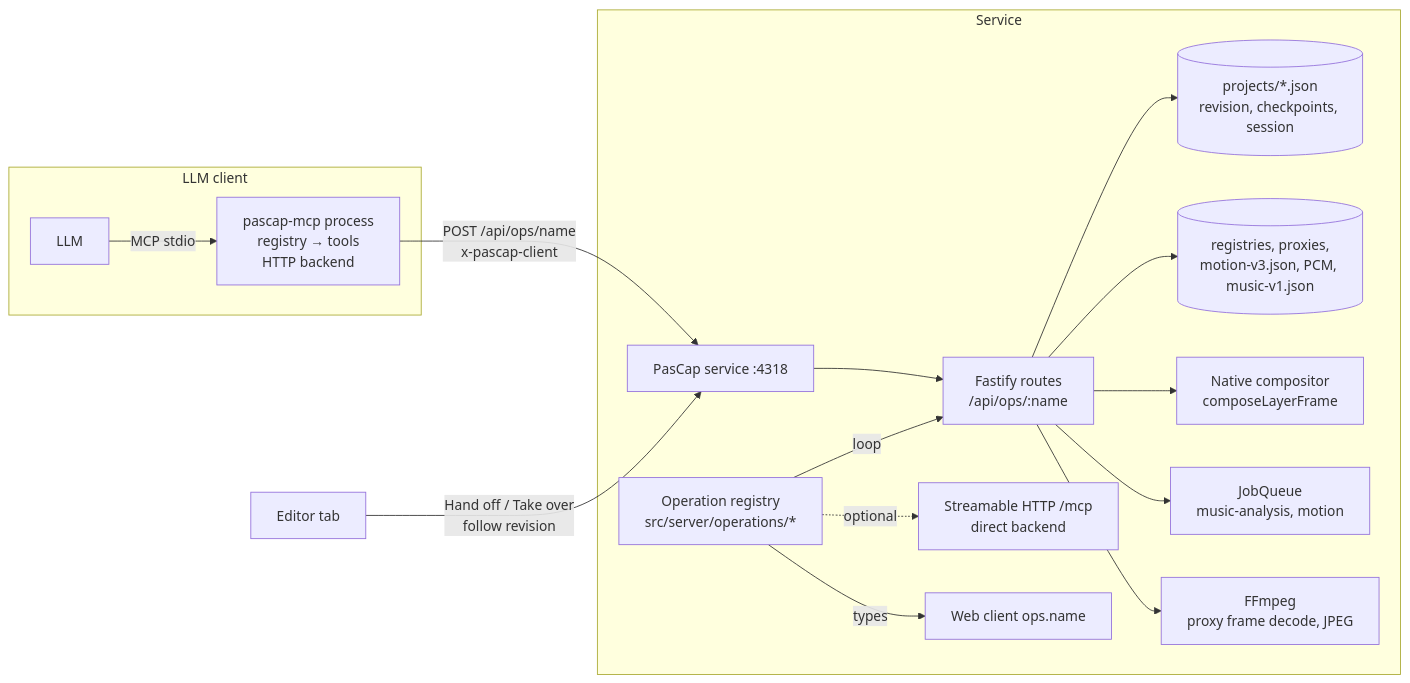
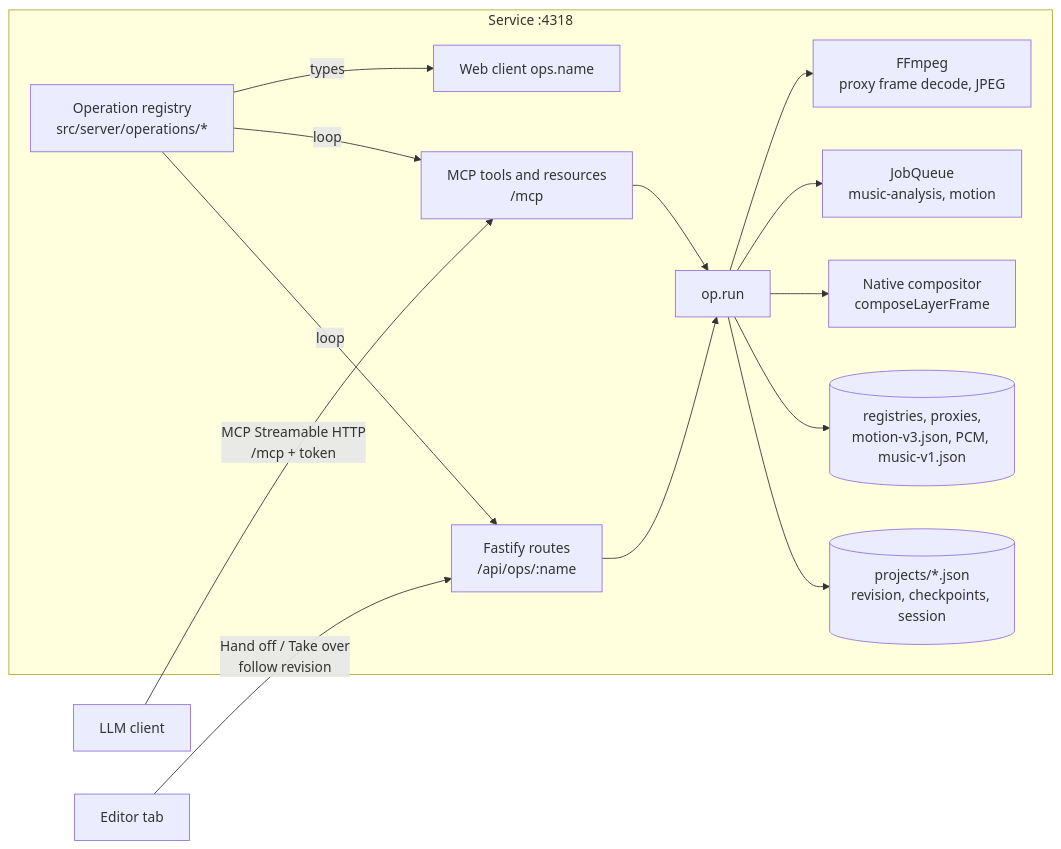
The diagram in docs/design/ASSISTANT_MCP.md (Plonk42/PasCap), drawn with Mermaid before and after one commit. The commit also changed other lines of this file, not shown here.

Commit message:
Mount the assistant MCP endpoint in the service

````diff
--- a/docs/design/ASSISTANT_MCP.md
+++ b/docs/design/ASSISTANT_MCP.md
@@ -69,20 +69,18 @@
 ```mermaid
 flowchart LR
-  subgraph LLM client
-    L[LLM] -- MCP stdio --> M[pascap-mcp process\nregistry → tools\nHTTP backend]
-  end
-  M -- POST /api/ops/name\nx-pascap-client --> S[PasCap service :4318]
-  subgraph Service
+  L[LLM client] -- MCP Streamable HTTP\n/mcp + token --> X
+  subgraph Service :4318
     O[Operation registry\nsrc/server/operations/*]
     O -- loop --> H[Fastify routes\n/api/ops/:name]
-    O -. optional .-> X[Streamable HTTP /mcp\ndirect backend]
+    O -- loop --> X[MCP tools and resources\n/mcp]
     O -- types --> W[Web client ops.name]
-    S --> H
-    H --> P[(projects/*.json\nrevision, checkpoints, session)]
-    H --> R[(registries, proxies,\nmotion-v3.json, PCM, music-v1.json)]
-    H --> C[Native compositor\ncomposeLayerFrame]
-    H --> J[JobQueue\nmusic-analysis, motion]
-    H --> F[FFmpeg\nproxy frame decode, JPEG]
+    H --> K
+    X --> K[op.run]
+    K --> P[(projects/*.json\nrevision, checkpoints, session)]
+    K --> R[(registries, proxies,\nmotion-v3.json, PCM, music-v1.json)]
+    K --> C[Native compositor\ncomposeLayerFrame]
+    K --> J[JobQueue\nmusic-analysis, motion]
+    K --> F[FFmpeg\nproxy frame decode, JPEG]
   end
-  E[Editor tab] -- Hand off / Take over\nfollow revision --> S
+  E[Editor tab] -- Hand off / Take over\nfollow revision --> H
 ```
````
